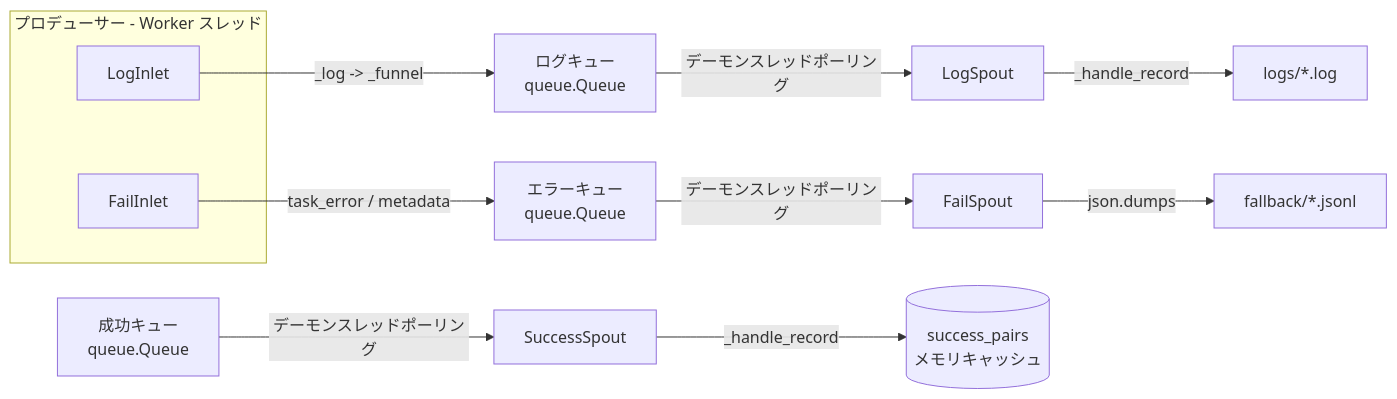
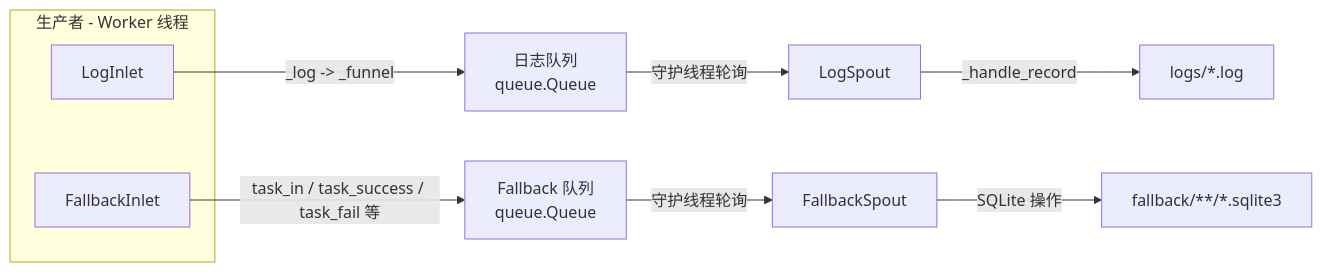
One commit to Mr-xiaotian/CelestialFlow changed the diagram in docs/ja/src/persistence/__init__.md. Above: the diagram before and after it, drawn with Mermaid. The commit also changed other lines of this file and 168 other files, not shown here.

````diff
--- a/docs/ja/src/persistence/__init__.md
+++ b/docs/ja/src/persistence/__init__.md
@@ -80,19 +71,16 @@
 ```mermaid
 flowchart LR
-    subgraph Producer[プロデューサー - Worker スレッド]
+    subgraph Producer[生产者 - Worker 线程]
         LogInlet[LogInlet]
-        FailInlet[FailInlet]
+        FallbackInlet[FallbackInlet]
     end
 
-    LogInlet -->|_log -> _funnel| LogQueue[ログキュー<br/>queue.Queue]
-    FailInlet -->|task_error / metadata| FailQueue[エラーキュー<br/>queue.Queue]
+    LogInlet -->|_log -> _funnel| LogQueue[日志队列<br/>queue.Queue]
+    FallbackInlet -->|task_in / task_success / task_fail 等| FallbackQueue[Fallback 队列<br/>queue.Queue]
 
-    LogQueue -->|デーモンスレッドポーリング| LogSpout[LogSpout]
-    FailQueue -->|デーモンスレッドポーリング| FailSpout[FailSpout]
+    LogQueue -->|守护线程轮询| LogSpout[LogSpout]
+    FallbackQueue -->|守护线程轮询| FallbackSpout[FallbackSpout]
 
     LogSpout -->|_handle_record| LogFile[logs/*.log]
-    FailSpout -->|json.dumps| FailFile[fallback/*.jsonl]
-
-    SrcQueue[成功キュー<br/>queue.Queue] -->|デーモンスレッドポーリング| SuccessSpout[SuccessSpout]
-    SuccessSpout -->|_handle_record| Cache[(success_pairs<br/>メモリキャッシュ)]
+    FallbackSpout -->|SQLite 操作| SQLiteFile[fallback/**/*.sqlite3]
 ```
````
